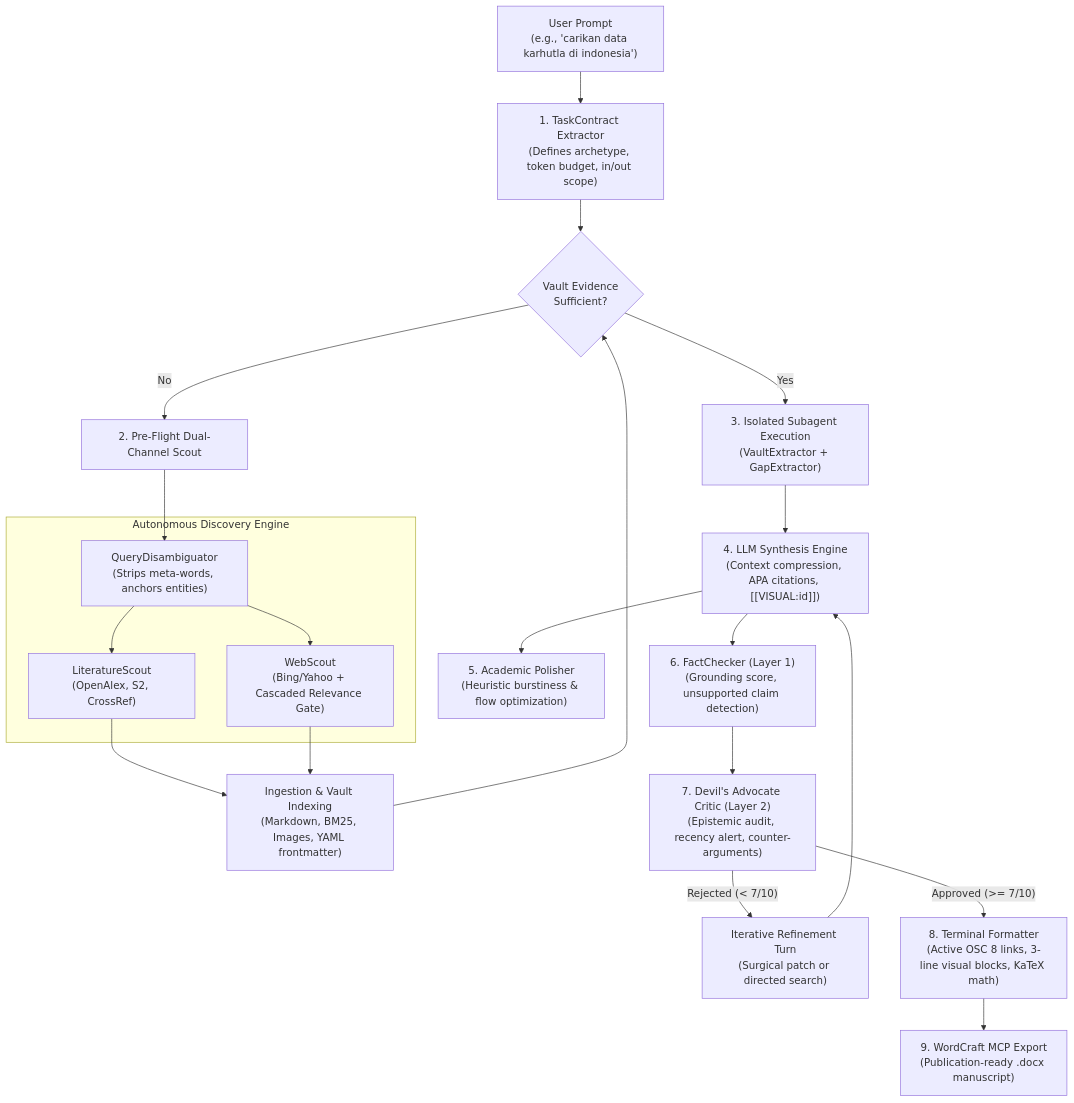
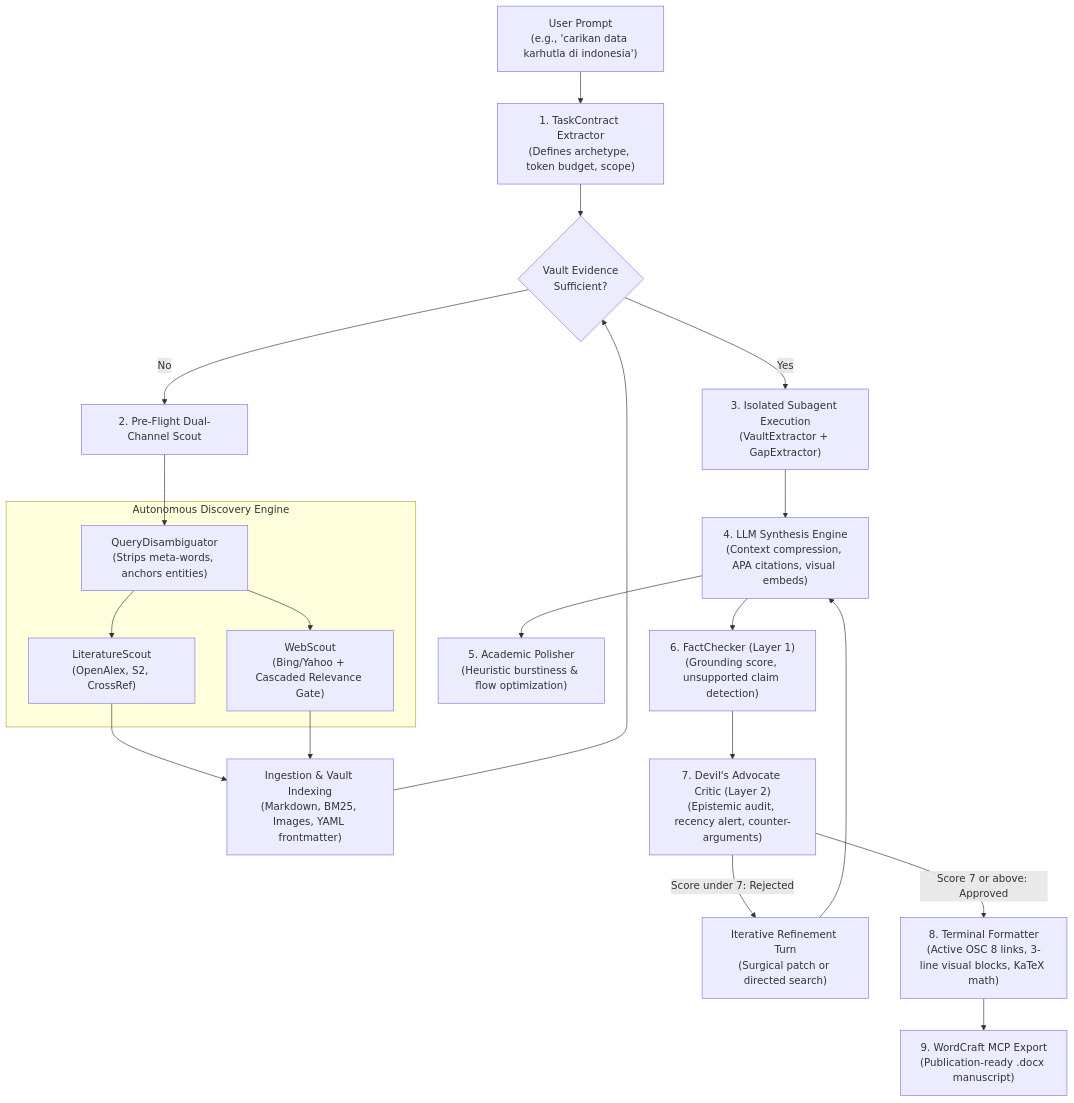
The diagram in README.md (RedSafir/Scripcy), drawn with Mermaid before and after one commit.

Commit message:
fix(docs): resolve mermaid syntax error on GitHub renderer

````diff
--- a/README.md
+++ b/README.md
@@ -45,28 +45,30 @@
 ```mermaid
 flowchart TD
-    User["User Prompt\n(e.g., 'carikan data karhutla di indonesia')"] --> Contract["1. TaskContract Extractor\n(Defines archetype, token budget, in/out scope)"]
-    Contract --> VaultCheck{"Vault Evidence\nSufficient?"}
+    User["User Prompt<br/>(e.g., 'carikan data karhutla di indonesia')"] --> Contract["1. TaskContract Extractor<br/>(Defines archetype, token budget, scope)"]
+    Contract --> VaultCheck{"Vault Evidence<br/>Sufficient?"}
     
-    VaultCheck -- No --> Scout["2. Pre-Flight Dual-Channel Scout"]
+    VaultCheck -->|No| Scout["2. Pre-Flight Dual-Channel Scout"]
     subgraph ScoutEngine ["Autonomous Discovery Engine"]
-        LitScout["LiteratureScout\n(OpenAlex, S2, CrossRef)"]
-        WebScout["WebScout\n(Bing/Yahoo + Cascaded Relevance Gate)"]
-        Disambig["QueryDisambiguator\n(Strips meta-words, anchors entities)"]
+        Disambig["QueryDisambiguator<br/>(Strips meta-words, anchors entities)"]
+        LitScout["LiteratureScout<br/>(OpenAlex, S2, CrossRef)"]
+        WebScout["WebScout<br/>(Bing/Yahoo + Cascaded Relevance Gate)"]
     end
     Scout --> Disambig
-    Disambig --> LitScout & WebScout
-    LitScout & WebScout --> Ingest["Ingestion & Vault Indexing\n(Markdown, BM25, Images, YAML frontmatter)"]
+    Disambig --> LitScout
+    Disambig --> WebScout
+    LitScout --> Ingest["Ingestion & Vault Indexing<br/>(Markdown, BM25, Images, YAML frontmatter)"]
+    WebScout --> Ingest
     Ingest --> VaultCheck
     
-    VaultCheck -- Yes --> Subagents["3. Isolated Subagent Execution\n(VaultExtractor + GapExtractor)"]
-    Subagents --> Synthesizer["4. LLM Synthesis Engine\n(Context compression, APA citations, [[VISUAL:id]])"]
-    Synthesizer --> Polisher["5. Academic Polisher\n(Heuristic burstiness & flow optimization)"]
-    Synthesizer --> FactChecker["6. FactChecker (Layer 1)\n(Grounding score, unsupported claim detection)"]
-    FactChecker --> Critic["7. Devil's Advocate Critic (Layer 2)\n(Epistemic audit, recency alert, counter-arguments)"]
+    VaultCheck -->|Yes| Subagents["3. Isolated Subagent Execution<br/>(VaultExtractor + GapExtractor)"]
+    Subagents --> Synthesizer["4. LLM Synthesis Engine<br/>(Context compression, APA citations, visual embeds)"]
+    Synthesizer --> Polisher["5. Academic Polisher<br/>(Heuristic burstiness & flow optimization)"]
+    Synthesizer --> FactChecker["6. FactChecker (Layer 1)<br/>(Grounding score, unsupported claim detection)"]
+    FactChecker --> Critic["7. Devil's Advocate Critic (Layer 2)<br/>(Epistemic audit, recency alert, counter-arguments)"]
     
-    Critic -- Rejected (< 7/10) --> Refine["Iterative Refinement Turn\n(Surgical patch or directed search)"]
+    Critic -->|Score under 7: Rejected| Refine["Iterative Refinement Turn<br/>(Surgical patch or directed search)"]
     Refine --> Synthesizer
     
-    Critic -- Approved (>= 7/10) --> Formatter["8. Terminal Formatter\n(Active OSC 8 links, 3-line visual blocks, KaTeX math)"]
-    Formatter --> Export["9. WordCraft MCP Export\n(Publication-ready .docx manuscript)"]
+    Critic -->|Score 7 or above: Approved| Formatter["8. Terminal Formatter<br/>(Active OSC 8 links, 3-line visual blocks, KaTeX math)"]
+    Formatter --> Export["9. WordCraft MCP Export<br/>(Publication-ready .docx manuscript)"]
 ```
````
